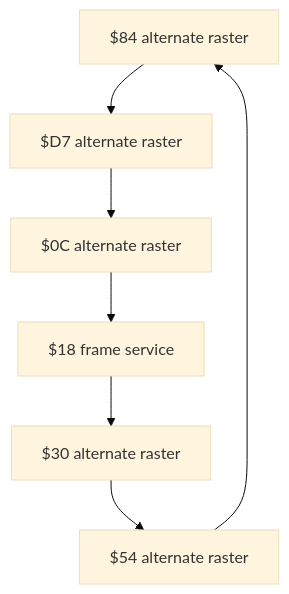
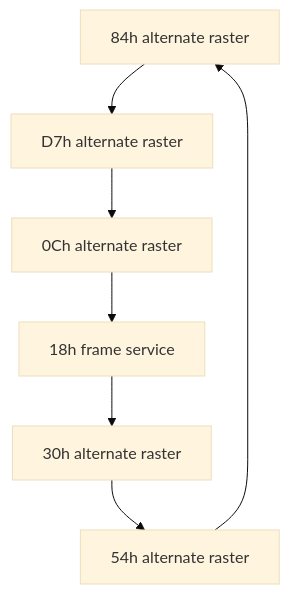
Before and after one commit to lizard43/SeaWolf2: the third of 4 diagrams in README.md, drawn with Mermaid (base theme). The commit also changed other lines of this file, not shown here.

Commit message:
fix broke mermaid

````diff
--- a/README.md
+++ b/README.md
@@ -656,9 +656,9 @@
 ```mermaid
 flowchart TD
-    r84["$84 alternate raster"] --> rd7["$D7 alternate raster"]
-    rd7 --> r0c["$0C alternate raster"]
-    r0c --> r18["$18 frame service"]
-    r18 --> r30["$30 alternate raster"]
-    r30 --> r54["$54 alternate raster"]
+    r84["84h alternate raster"] --> rd7["D7h alternate raster"]
+    rd7 --> r0c["0Ch alternate raster"]
+    r0c --> r18["18h frame service"]
+    r18 --> r30["30h alternate raster"]
+    r30 --> r54["54h alternate raster"]
     r54 --> r84
 ```
````
